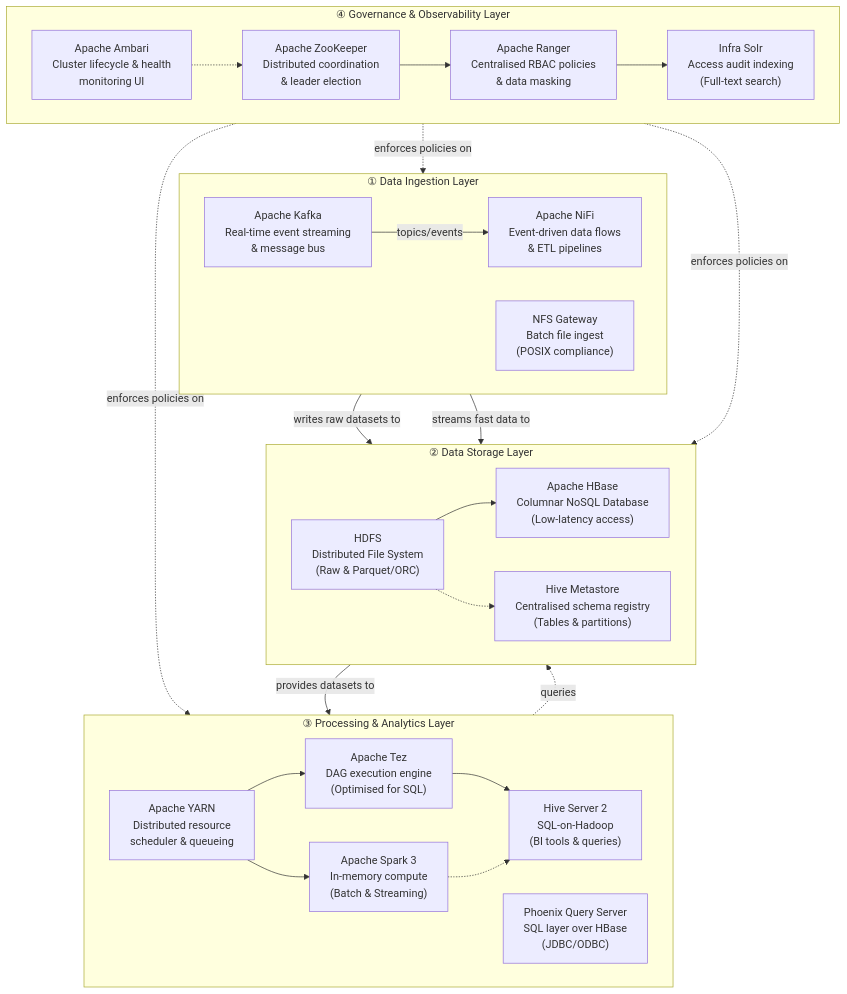
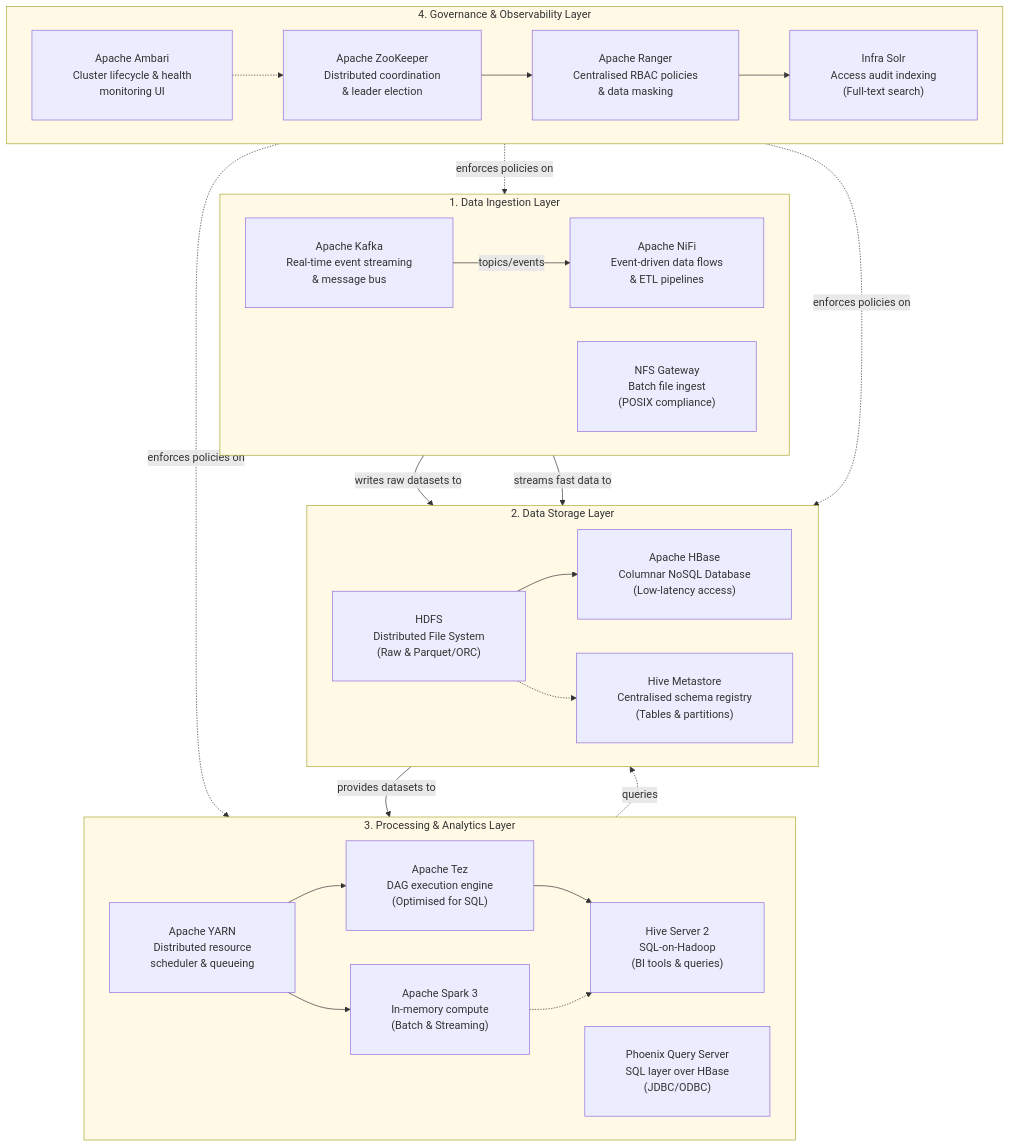
Before and after one commit to joaopfduarte/Article-CDP: the diagram in content/assets/mermaid/datalake-architecture.mmd, drawn with Mermaid. The commit also changed 1 other file, not shown here.

```diff
--- a/content/assets/mermaid/datalake-architecture.mmd
+++ b/content/assets/mermaid/datalake-architecture.mmd
@@ -1,64 +1,64 @@
-
+%%{init: {"flowchart": {"padding": 30}, "themeVariables": {"clusterBkg": "#fff9e6"}}}%%
 graph TD
     %% =========================================================
     %%  Data Lake Final Architecture (Default Profile)
     %%  Focus: Functional capabilities, not infrastructure/provisioning
     %% =========================================================
 
-    subgraph INGEST ["① Data Ingestion Layer"]
+    subgraph INGEST ["1. Data Ingestion Layer"]
         direction LR
-        KAFKA["Apache Kafka\nReal-time event streaming\n& message bus"]
-        NIFI["Apache NiFi\nEvent-driven data flows\n& ETL pipelines"]
-        NFS["NFS Gateway\nBatch file ingest\n(POSIX compliance)"]
+        KAFKA["Apache Kafka<br/>Real-time event streaming<br/>& message bus"]
+        NIFI["Apache NiFi<br/>Event-driven data flows<br/>& ETL pipelines"]
+        NFS["NFS Gateway<br/>Batch file ingest<br/>(POSIX compliance)"]
         
         KAFKA -->|"topics/events"| NIFI
     end
 
-    subgraph STORE ["② Data Storage Layer"]
+    subgraph STORE ["2. Data Storage Layer"]
         direction LR
-        HDFS["HDFS\nDistributed File System\n(Raw & Parquet/ORC)"]
-        HBASE["Apache HBase\nColumnar NoSQL Database\n(Low-latency access)"]
-        HMETA["Hive Metastore\nCentralised schema registry\n(Tables & partitions)"]
+        HDFS["HDFS<br/>Distributed File System<br/>(Raw & Parquet/ORC)"]
+        HBASE["Apache HBase<br/>Columnar NoSQL Database<br/>(Low-latency access)"]
+        HMETA["Hive Metastore<br/>Centralised schema registry<br/>(Tables & partitions)"]
         
         HDFS --> HBASE
         HDFS -.-> HMETA
     end
 
-    subgraph PROCESS ["③ Processing & Analytics Layer"]
+    subgraph PROCESS ["3. Processing & Analytics Layer"]
         direction LR
-        YARN["Apache YARN\nDistributed resource\nscheduler & queueing"]
-        SPARK["Apache Spark 3\nIn-memory compute\n(Batch & Streaming)"]
-        TEZ["Apache Tez\nDAG execution engine\n(Optimised for SQL)"]
+        YARN["Apache YARN<br/>Distributed resource<br/>scheduler & queueing"]
+        SPARK["Apache Spark 3<br/>In-memory compute<br/>(Batch & Streaming)"]
+        TEZ["Apache Tez<br/>DAG execution engine<br/>(Optimised for SQL)"]
         
         YARN --> SPARK
         YARN --> TEZ
         
-        HIVE["Hive Server 2\nSQL-on-Hadoop\n(BI tools & queries)"]
-        PHOENIX["Phoenix Query Server\nSQL layer over HBase\n(JDBC/ODBC)"]
+        HIVE["Hive Server 2<br/>SQL-on-Hadoop<br/>(BI tools & queries)"]
+        PHOENIX["Phoenix Query Server<br/>SQL layer over HBase<br/>(JDBC/ODBC)"]
         
         TEZ --> HIVE
         SPARK -.-> HIVE
     end
 
-    subgraph GOVERN ["④ Governance & Observability Layer"]
+    subgraph GOVERN ["4. Governance & Observability Layer"]
         direction LR
-        RANGER["Apache Ranger\nCentralised RBAC policies\n& data masking"]
-        SOLR["Infra Solr\nAccess audit indexing\n(Full-text search)"]
-        ZK["Apache ZooKeeper\nDistributed coordination\n& leader election"]
-        AMBARI["Apache Ambari\nCluster lifecycle & health\nmonitoring UI"]
+        RANGER["Apache Ranger<br/>Centralised RBAC policies<br/>& data masking"]
+        SOLR["Infra Solr<br/>Access audit indexing<br/>(Full-text search)"]
+        ZK["Apache ZooKeeper<br/>Distributed coordination<br/>& leader election"]
+        AMBARI["Apache Ambari<br/>Cluster lifecycle & health<br/>monitoring UI"]
         
         RANGER --> SOLR
         ZK --> RANGER
         AMBARI -.-> ZK
     end
 
     %% Key relationships between layers
     INGEST -->|"writes raw datasets to"| HDFS
     INGEST -->|"streams fast data to"| HBASE
     
     STORE -->|"provides datasets to"| PROCESS
     PHOENIX -.->|"queries"| HBASE
     
     GOVERN -.->|"enforces policies on"| INGEST
     GOVERN -.->|"enforces policies on"| STORE
     GOVERN -.->|"enforces policies on"| PROCESS
```
